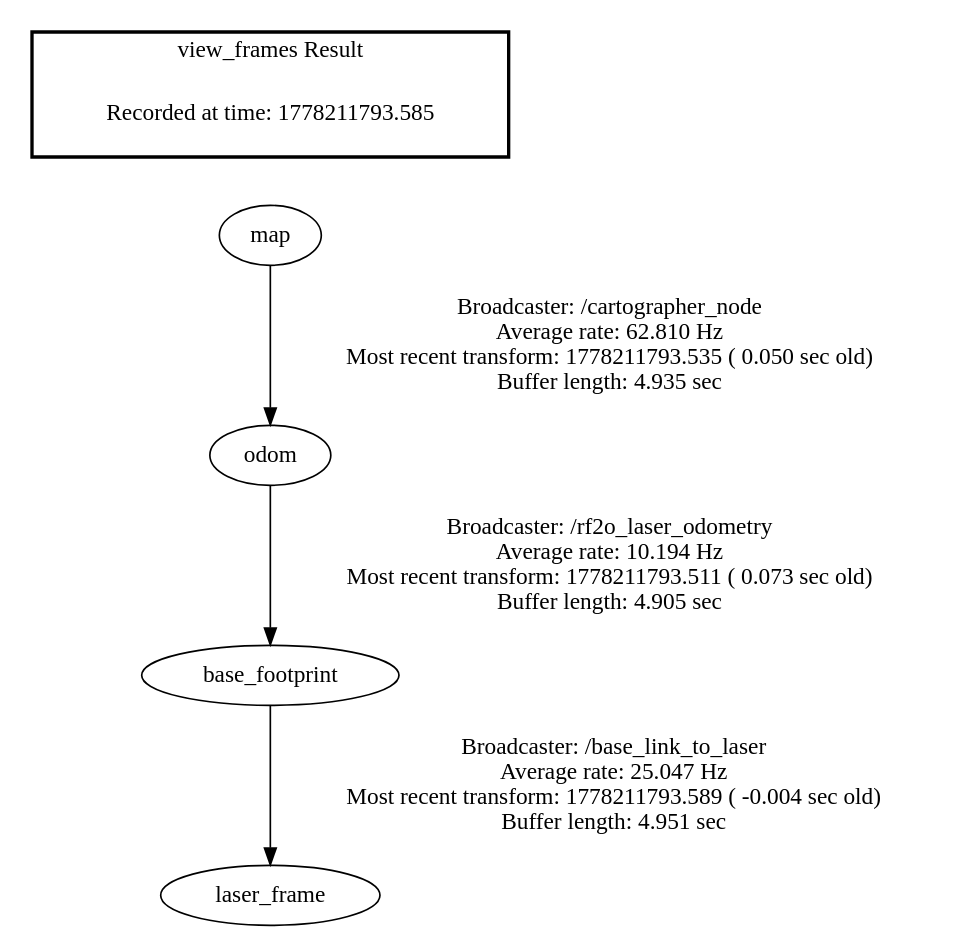
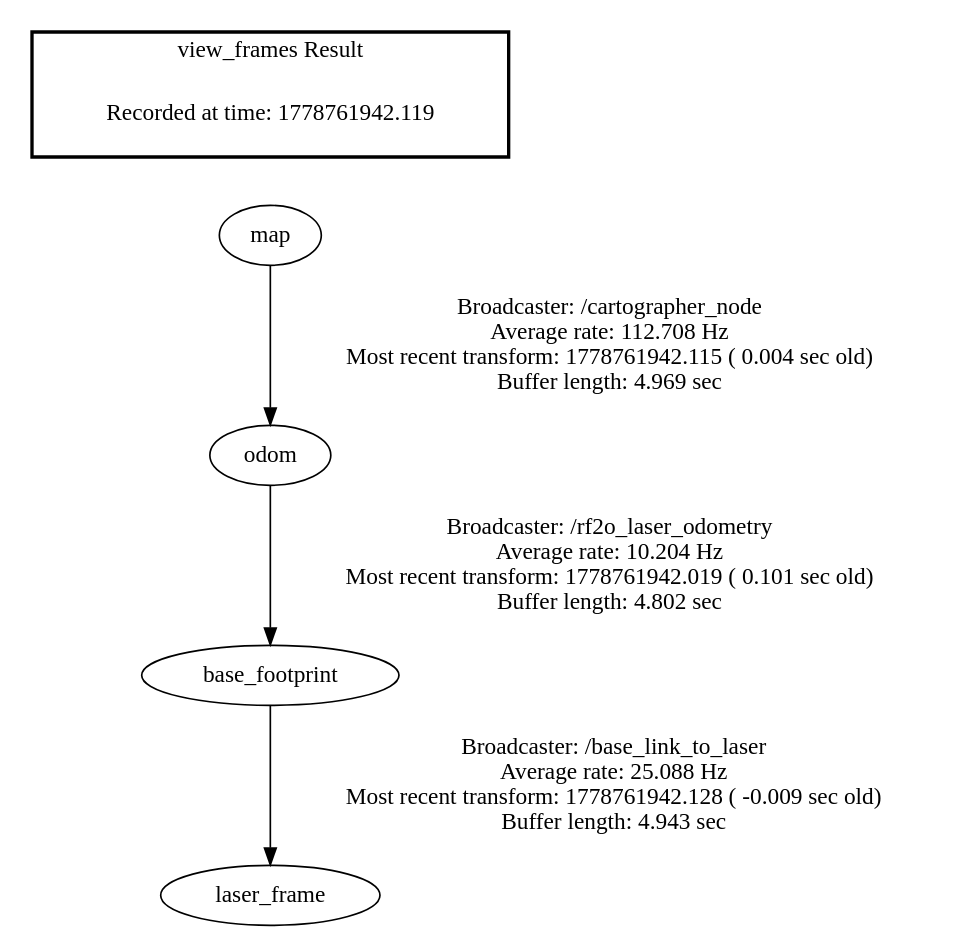
One commit to 2022090914028ysr-dotcom/rk3588 changed the diagram in NavOA_ws/frames.gv. Above: the diagram before and after it, drawn with Graphviz. The commit also changed 1 other file, not shown here.

```diff
--- a/NavOA_ws/frames.gv
+++ b/NavOA_ws/frames.gv
@@ -1,9 +1,9 @@
 digraph G {
-"base_footprint" -> "laser_frame"[label="Broadcaster: /base_link_to_laser\nAverage rate: 25.047 Hz\nMost recent transform: 1778211793.589 ( -0.004 sec old)\nBuffer length: 4.951 sec\n"];
-"odom" -> "base_footprint"[label="Broadcaster: /rf2o_laser_odometry\nAverage rate: 10.194 Hz\nMost recent transform: 1778211793.511 ( 0.073 sec old)\nBuffer length: 4.905 sec\n"];
-"map" -> "odom"[label="Broadcaster: /cartographer_node\nAverage rate: 62.810 Hz\nMost recent transform: 1778211793.535 ( 0.050 sec old)\nBuffer length: 4.935 sec\n"];
+"base_footprint" -> "laser_frame"[label="Broadcaster: /base_link_to_laser\nAverage rate: 25.088 Hz\nMost recent transform: 1778761942.128 ( -0.009 sec old)\nBuffer length: 4.943 sec\n"];
+"odom" -> "base_footprint"[label="Broadcaster: /rf2o_laser_odometry\nAverage rate: 10.204 Hz\nMost recent transform: 1778761942.019 ( 0.101 sec old)\nBuffer length: 4.802 sec\n"];
+"map" -> "odom"[label="Broadcaster: /cartographer_node\nAverage rate: 112.708 Hz\nMost recent transform: 1778761942.115 ( 0.004 sec old)\nBuffer length: 4.969 sec\n"];
 edge [style=invis];
  subgraph cluster_legend { style=bold; color=black; label ="view_frames Result";
-"Recorded at time: 1778211793.585"[ shape=plaintext ] ;
+"Recorded at time: 1778761942.119"[ shape=plaintext ] ;
  }->"map";
 }
```
